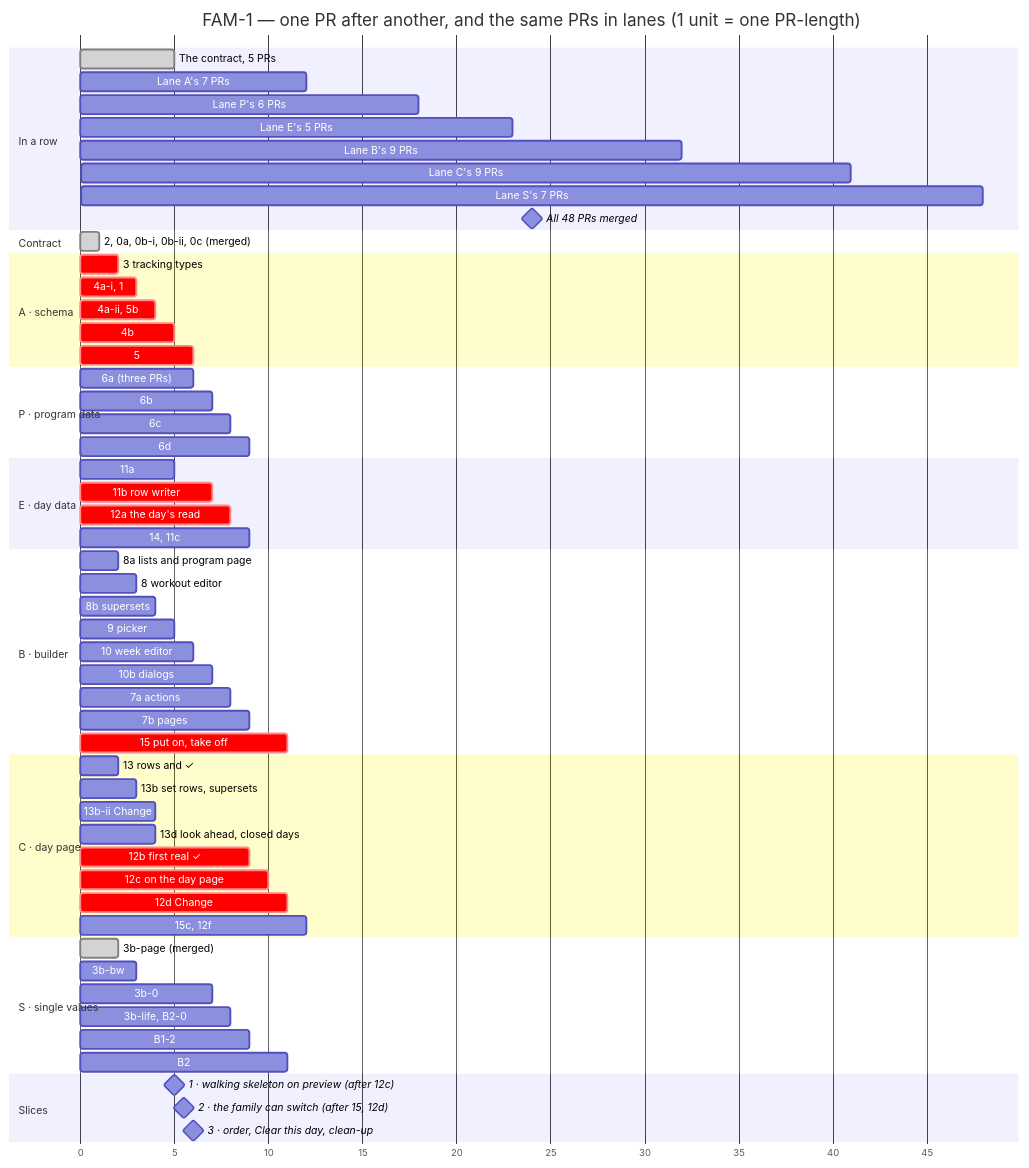
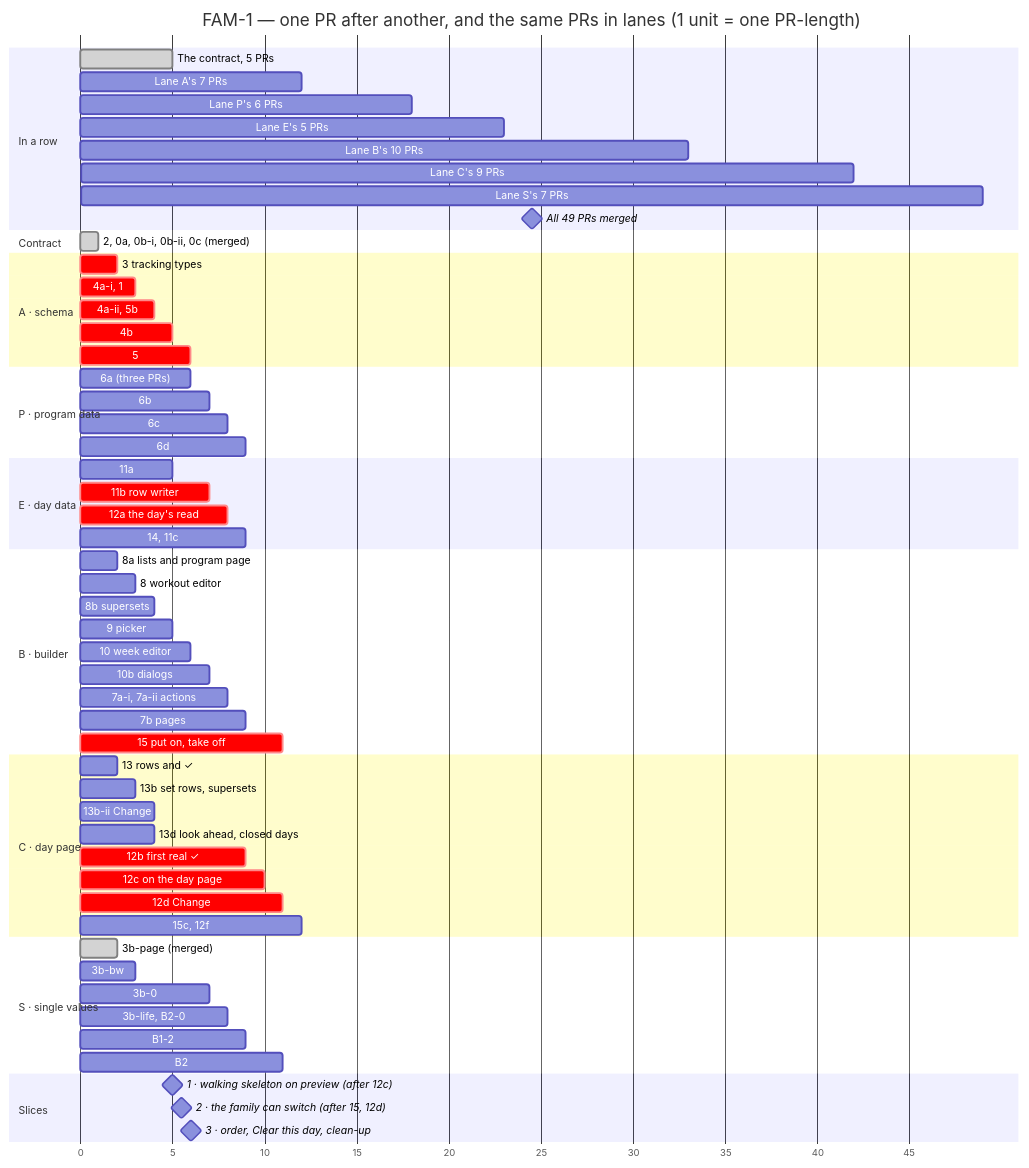
One commit to ralamode/mat-plan changed the second of 2 diagrams in docs/milestones/fam-1-family-program.md. Above: the diagram before and after it, drawn with Mermaid. The commit also changed other lines of this file and 1 other file, not shown here.

Commit message:
docs(fam-1): step 7a is two PRs, 7a-i and 7a-ii, and 7b takes the list and view reads (#500)
* docs(fam-1): step 7a is two PRs, 7a-i and 7a-ii, and 7b takes the list and view reads

* docs(fam-1): the plan's PR count adds up to the chart's 49, and 7b names the week read

* docs(fam-1): tidy the size sentence

---------

````diff
--- a/docs/milestones/fam-1-family-program.md
+++ b/docs/milestones/fam-1-family-program.md
@@ -258,73 +258,73 @@
 ```mermaid
 gantt
   title FAM-1 — one PR after another, and the same PRs in lanes (1 unit = one PR-length)
   dateFormat X
   axisFormat %s
   todayMarker off
 
   section In a row
   The contract, 5 PRs          :done, r0, 0, 5
   Lane A's 7 PRs               :r1, 5, 12
   Lane P's 6 PRs               :r2, 12, 18
   Lane E's 5 PRs               :r3, 18, 23
-  Lane B's 9 PRs               :r4, 23, 32
-  Lane C's 9 PRs               :r5, 32, 41
-  Lane S's 7 PRs               :r6, 41, 48
-  All 48 PRs merged            :milestone, rm, 48, 48
+  Lane B's 10 PRs              :r4, 23, 33
+  Lane C's 9 PRs               :r5, 33, 42
+  Lane S's 7 PRs               :r6, 42, 49
+  All 49 PRs merged            :milestone, rm, 49, 49
 
   section Contract
   2, 0a, 0b-i, 0b-ii, 0c (merged) :done, c0, 0, 1
 
   section A · schema
   3 tracking types             :crit, a1, 1, 2
   4a-i, 1                      :crit, a2, 2, 3
   4a-ii, 5b                    :crit, a3, 3, 4
   4b                           :crit, a4, 4, 5
   5                            :crit, a5, 5, 6
 
   section P · program data
   6a (three PRs)               :p1, 5, 6
   6b                           :p2, 6, 7
   6c                           :p3, 7, 8
   6d                           :p4, 8, 9
 
   section E · day data
   11a                          :e1, 4, 5
   11b row writer               :crit, e2, 5, 7
   12a the day's read           :crit, e3, 7, 8
   14, 11c                      :e4, 8, 9
 
   section B · builder
   8a lists and program page    :b1, 1, 2
   8 workout editor             :b2, 2, 3
   8b supersets                 :b3, 3, 4
   9 picker                     :b4, 4, 5
   10 week editor               :b5, 5, 6
   10b dialogs                  :b6, 6, 7
-  7a actions                   :b7, 7, 8
+  7a-i, 7a-ii actions          :b7, 7, 8
   7b pages                     :b8, 8, 9
   15 put on, take off          :crit, b9, 10, 11
 
   section C · day page
   13 rows and ✓                :c1, 1, 2
   13b set rows, supersets      :c2, 2, 3
   13b-ii Change                :c2b, 3, 4
   13d look ahead, closed days  :c3, 3, 4
   12b first real ✓             :crit, c4, 8, 9
   12c on the day page          :crit, c5, 9, 10
   12d Change                   :crit, c6, 10, 11
   15c, 12f                     :c7, 11, 12
 
   section S · single values
   3b-page (merged)             :done, s1, 1, 2
   3b-bw                        :s2, 2, 3
   3b-0                         :s3, 6, 7
   3b-life, B2-0                :s4, 7, 8
   B1-2                         :s5, 8, 9
   B2                           :s6, 10, 11
 
   section Slices
   1 · walking skeleton on preview (after 12c) :milestone, m1, 10, 10
   2 · the family can switch (after 15, 12d)   :milestone, m2, 11, 11
   3 · order, Clear this day, clean-up         :milestone, m3, 12, 12
 ```
````
